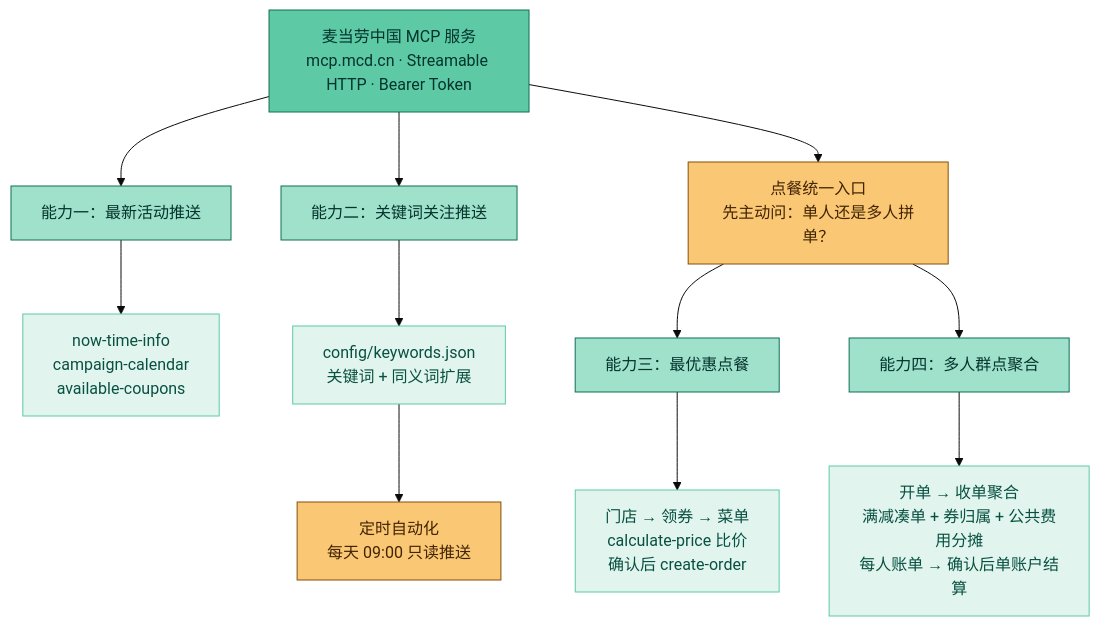
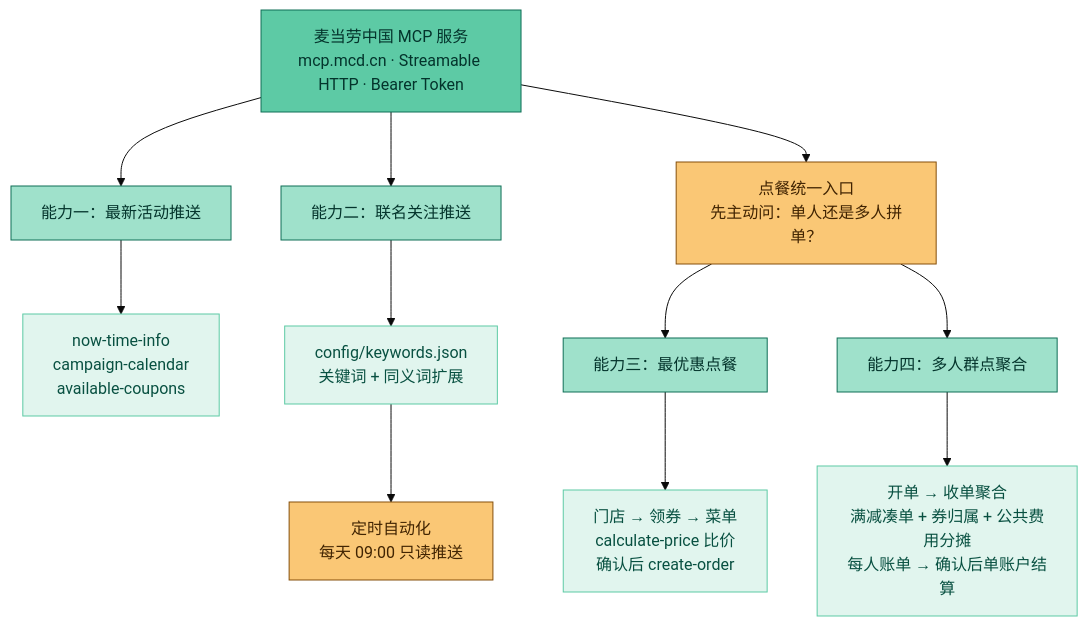
One commit to junxchan54-maker/mcd-cn-assistant changed the diagram in README.md. Above: the diagram before and after it, drawn with Mermaid (base theme). The commit also changed other lines of this file and 7 other files, not shown here.

````diff
--- a/README.md
+++ b/README.md
@@ -49,25 +49,25 @@
 ```mermaid
 flowchart TD
     A["麦当劳中国 MCP 服务<br/>mcp.mcd.cn · Streamable HTTP · Bearer Token"]
     A --> B1["能力一：最新活动推送"]
-    A --> B2["能力二：关键词关注推送"]
+    A --> B2["能力二：联名关注推送"]
     A --> G["点餐统一入口<br/>先主动问：单人还是多人拼单？"]
     G --> B3["能力三：最优惠点餐"]
     G --> B4["能力四：多人群点聚合"]
     B1 --> C1["now-time-info<br/>campaign-calendar<br/>available-coupons"]
     B2 --> C2["config/keywords.json<br/>关键词 + 同义词扩展"]
     B3 --> C3["门店 → 领券 → 菜单<br/>calculate-price 比价<br/>确认后 create-order"]
     B4 --> C4["开单 → 收单聚合<br/>满减凑单 + 券归属 + 公共费用分摊<br/>每人账单 → 确认后单账户结算"]
     C2 --> D["定时自动化<br/>每天 09:00 只读推送"]
     style A fill:#5DCAA5,stroke:#0F6E56,color:#04342C
     style G fill:#FAC775,stroke:#854F0B,color:#412402
     style B1 fill:#9FE1CB,stroke:#0F6E56,color:#04342C
     style B2 fill:#9FE1CB,stroke:#0F6E56,color:#04342C
     style B3 fill:#9FE1CB,stroke:#0F6E56,color:#04342C
     style B4 fill:#9FE1CB,stroke:#0F6E56,color:#04342C
     style C1 fill:#E1F5EE,stroke:#5DCAA5,color:#085041
     style C2 fill:#E1F5EE,stroke:#5DCAA5,color:#085041
     style C3 fill:#E1F5EE,stroke:#5DCAA5,color:#085041
     style C4 fill:#E1F5EE,stroke:#5DCAA5,color:#085041
     style D fill:#FAC775,stroke:#854F0B,color:#412402
 ```
````
